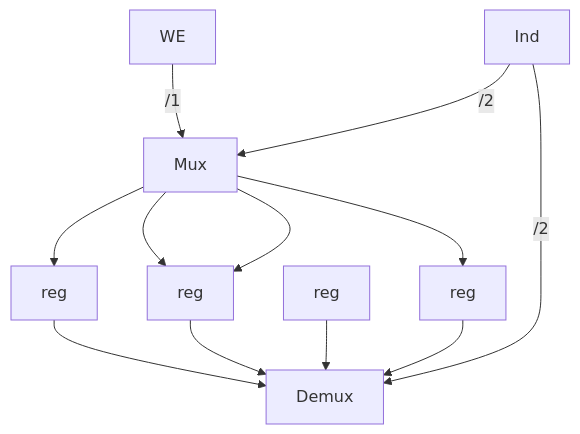
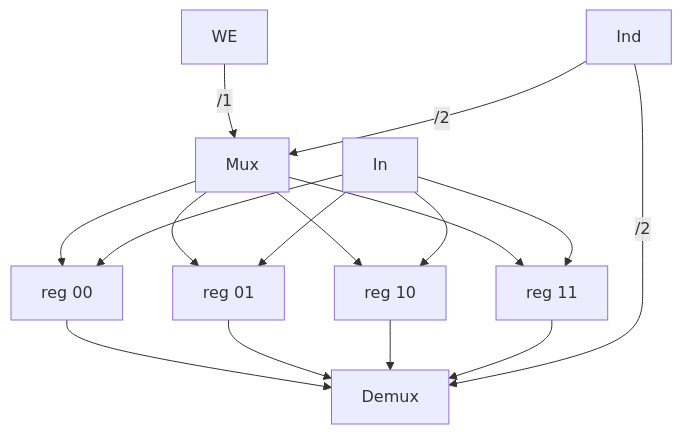
Before and after one commit to SuperSamus/appunti-universitari: the first of 2 diagrams in Architettura e sistemi operativi/Memoria.md, drawn with Mermaid. The commit also changed other lines of this file, not shown here.

````diff
--- a/Architettura e sistemi operativi/Memoria.md
+++ b/Architettura e sistemi operativi/Memoria.md
@@ -9,7 +9,8 @@
 ```mermaid
 flowchart TB
 r1[reg] & r2[reg] & r3[reg] & r4[reg] --> Demux
 Ind -- /2 --> Demux
-WE -- /1 --> Mux --> r1 & r2 & r2 & r4
+WE -- /1 --> Mux
+Mux & In --> r1[reg 00] & r2[reg 01] & r3[reg 10] & r4[reg 11]
 Ind -- /2 --> Mux
 ```
````
